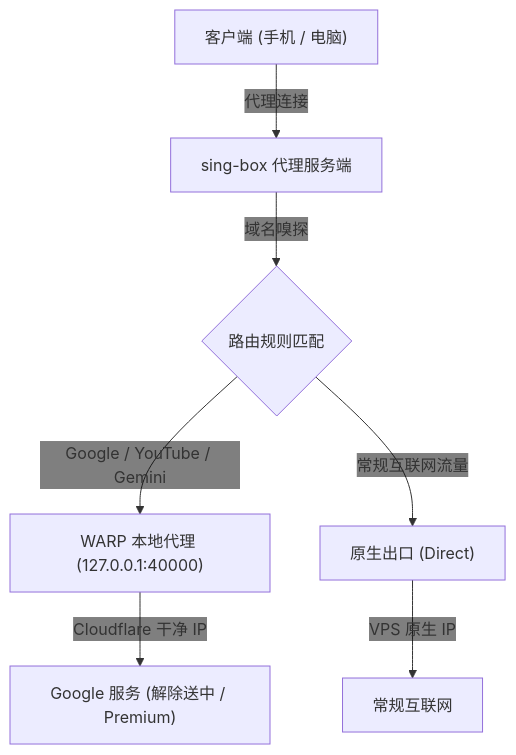
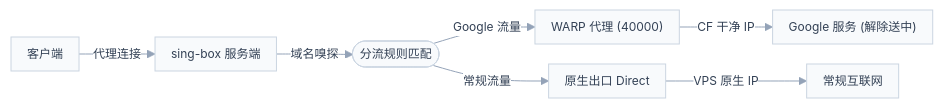
The diagram in README.md (cfm019/warp2google), drawn with Mermaid before and after one commit.

````diff
--- a/README.md
+++ b/README.md
@@ -14,14 +14,28 @@
 ```mermaid
-%%{init: {'themeVariables': { 'edgeLabelBackground': 'transparent' }}}%%
-flowchart TD
-    Client["客户端 (手机 / 电脑)"]
-    Client -->|"代理连接"| Singbox["sing-box 代理服务端"]
+%%{init: {
+  'theme': 'base',
+  'themeVariables': {
+    'primaryColor': '#f8fafc',
+    'primaryTextColor': '#334155',
+    'primaryBorderColor': '#cbd5e1',
+    'lineColor': '#94a3b8',
+    'fontSize': '12px',
+    'edgeLabelBackground': '#ffffff'
+  },
+  'flowchart': {
+    'nodeSpacing': 20,
+    'rankSpacing': 28,
+    'curve': 'basis',
+    'padding': 8
+  }
+}}%%
+flowchart LR
+    Client["客户端"] -->|"代理连接"| Singbox["sing-box 服务端"]
+    Singbox -->|"域名嗅探"| Router(["分流规则匹配"])
     
-    Singbox -->|"域名嗅探"| Router{"路由规则匹配"}
+    Router -->|"Google 流量"| Warp["WARP 代理 (40000)"]
+    Router -->|"常规流量"| Direct["原生出口 Direct"]
     
-    Router -->|"Google / YouTube / Gemini"| Warp["WARP 本地代理 (127.0.0.1:40000)"]
-    Router -->|"常规互联网流量"| Direct["原生出口 (Direct)"]
-    
-    Warp -->|"Cloudflare 干净 IP"| TargetGoogle["Google 服务 (解除送中 / Premium)"]
+    Warp -->|"CF 干净 IP"| TargetGoogle["Google 服务 (解除送中)"]
     Direct -->|"VPS 原生 IP"| TargetWeb["常规互联网"]
 ```
````
